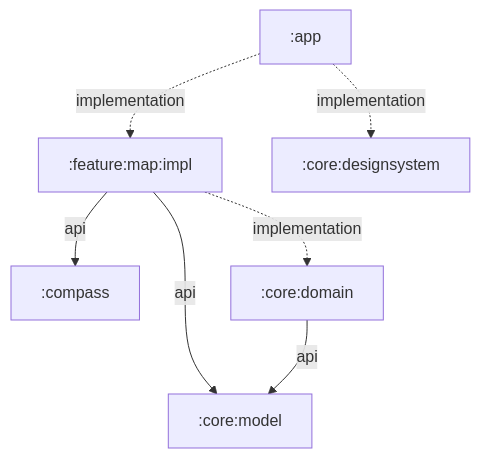
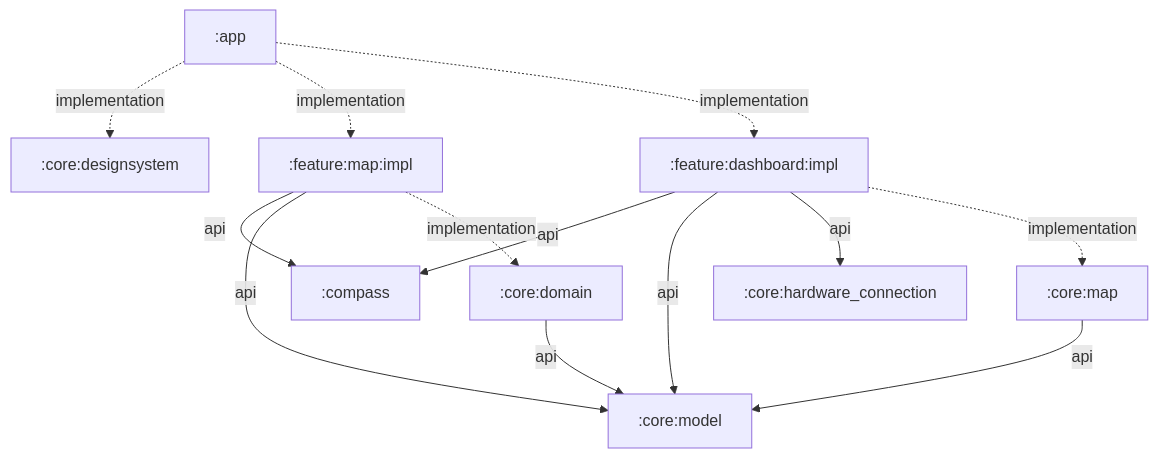
The diagram in README.md (hrka6761/Shahbaz_Android), drawn with Mermaid before and after one commit. The commit also changed other lines of this file and 2 other files, not shown here.

Commit message:
Document dashboard and hardware modules

````diff
--- a/README.md
+++ b/README.md
@@ -30,16 +44,25 @@
 ```mermaid
 graph TD
   app[":app"]
   map[":feature:map:impl"]
+  dashboard[":feature:dashboard:impl"]
+  flightmap[":core:map"]
+  hardware[":core:hardware_connection"]
   designsystem[":core:designsystem"]
   compass[":compass"]
   domain[":core:domain"]
   model[":core:model"]
 
   app -.->|implementation| designsystem
   app -.->|implementation| map
+  app -.->|implementation| dashboard
   map -->|api| compass
   map -->|api| model
   map -.->|implementation| domain
+  dashboard -->|api| compass
+  dashboard -->|api| model
+  dashboard -->|api| hardware
+  dashboard -.->|implementation| flightmap
+  flightmap -->|api| model
   domain -->|api| model
 ```
````
